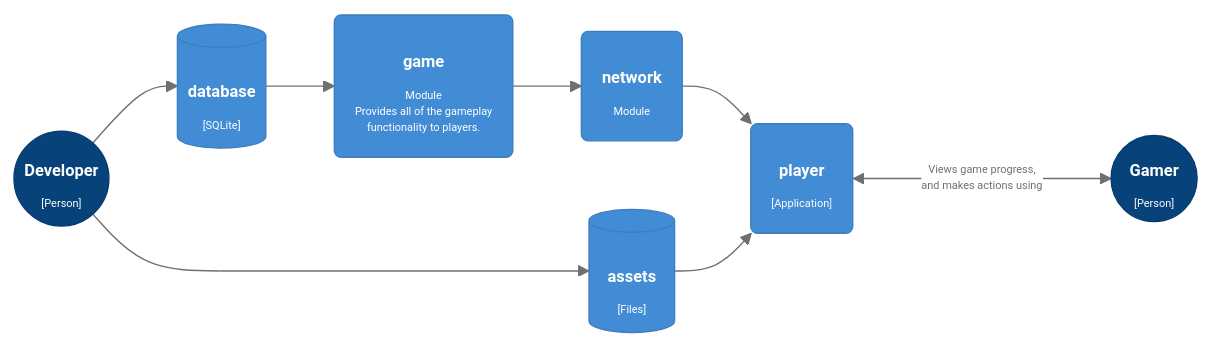
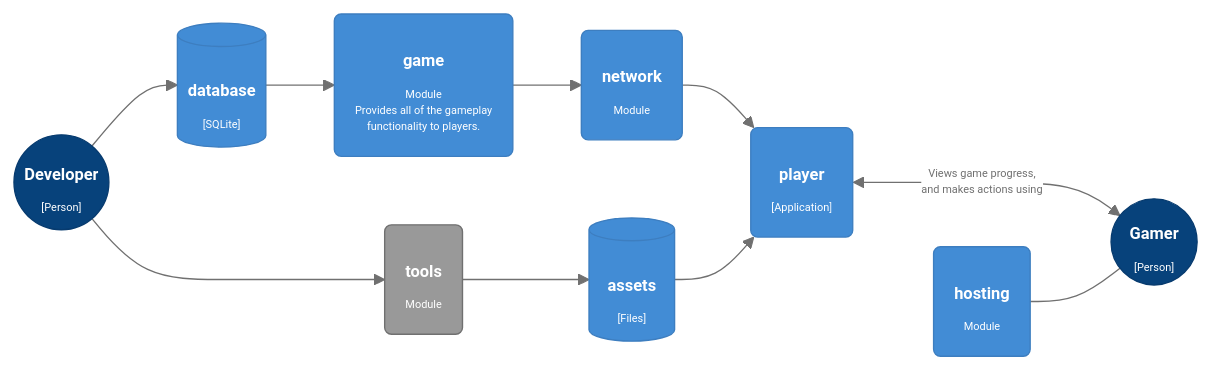
The diagram in README.md (lebedec/farmisto), drawn with Mermaid before and after one commit. The commit also changed other lines of this file and 13 other files, not shown here.

Commit message:
add glslangValidator as shader compiler, add new modules to system diagram, add principles to readme

````diff
--- a/README.md
+++ b/README.md
@@ -3,42 +3,46 @@
 ```mermaid
 %%{init: {'theme': 'base', 'themeVariables': {
   'primaryColor': '#428cd5',
   'primaryBorderColor': '#3d7ec0',
   'secondaryColor': 'white',
   'tertiaryColor': 'yellow',
   'lineColor': '#707070',
   'primaryTextColor': '#707070',
   'tertiaryTextColor': 'red',
   'textColor': '#707070',
   'background': 'white',
   'fontSize': '8px',
   'fontFamily': 'ui-monospace,SFMono-Regular,SF Mono,Menlo,Consolas,Liberation Mono,monospace'
   }}
 }%%
 flowchart LR;
 	gamer(("<h2>&nbsp Gamer &nbsp</h2>[Person]")):::person
 	developer(("<h2>Developer</h2>[Person]")):::person
 	assets[(<h2>&nbsp assets  &nbsp</h2>&#91Files&#93)]:::component
 	database[(<h2>database</h2>&#91SQLite&#93)]:::component
 	game(<h2>game</h2>Module<br/>Provides all of the gameplay<br/> functionality to players.):::component
 	network(<h2>network</h2>Module):::component
+	hosting(<h2>hosting</h2>Module):::component
 	player("<h2>player</h2>[Application]"):::component
+	tools(<h2>tools</h2>Module):::external
 	
 	developer --> database;
-	developer --> assets;
+	developer --> tools --> assets;
 	
 	database --> game;
 	
 	
 	game-->network-->player;
 		assets --> player;
 	
 
 	player <-- "Views game progress,<br/>and makes actions using" ---> gamer;
 
+    hosting---gamer;
+
 	classDef person fill:#07427b,stroke:#073b6f,color:white
 	classDef component color:white
-	classDef external fill:#999999,stroke:#707070
+	classDef external fill:#999999,stroke:#707070,color:white
 	
 	click database "https://github.com/lebedec/farmisto/tree/main/database"
 ```
````
